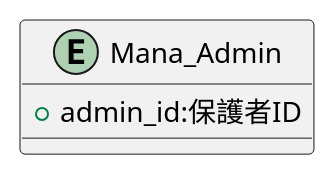
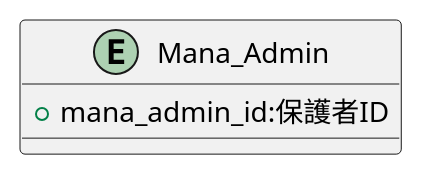
One commit to popoposorara/ERP_ER changed the diagram in Entity/Mana_Admin.pu. Above: the diagram before and after it, drawn with PlantUML. The commit also changed 26 other files, not shown here.

```diff
--- a/Entity/Mana_Admin.pu
+++ b/Entity/Mana_Admin.pu
@@ -1,7 +1,7 @@
 @startuml
 
 entity "Mana_Admin" {
-    + admin_id:保護者ID
+    + mana_admin_id:保護者ID
 }
 
 @enduml
```
